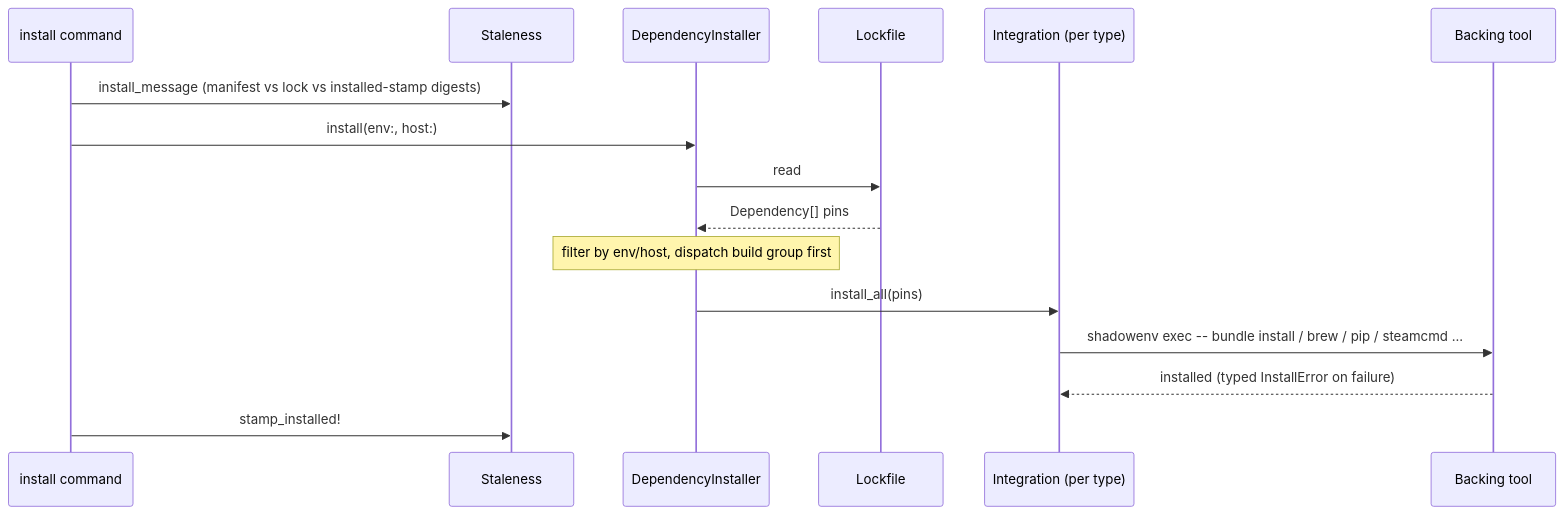
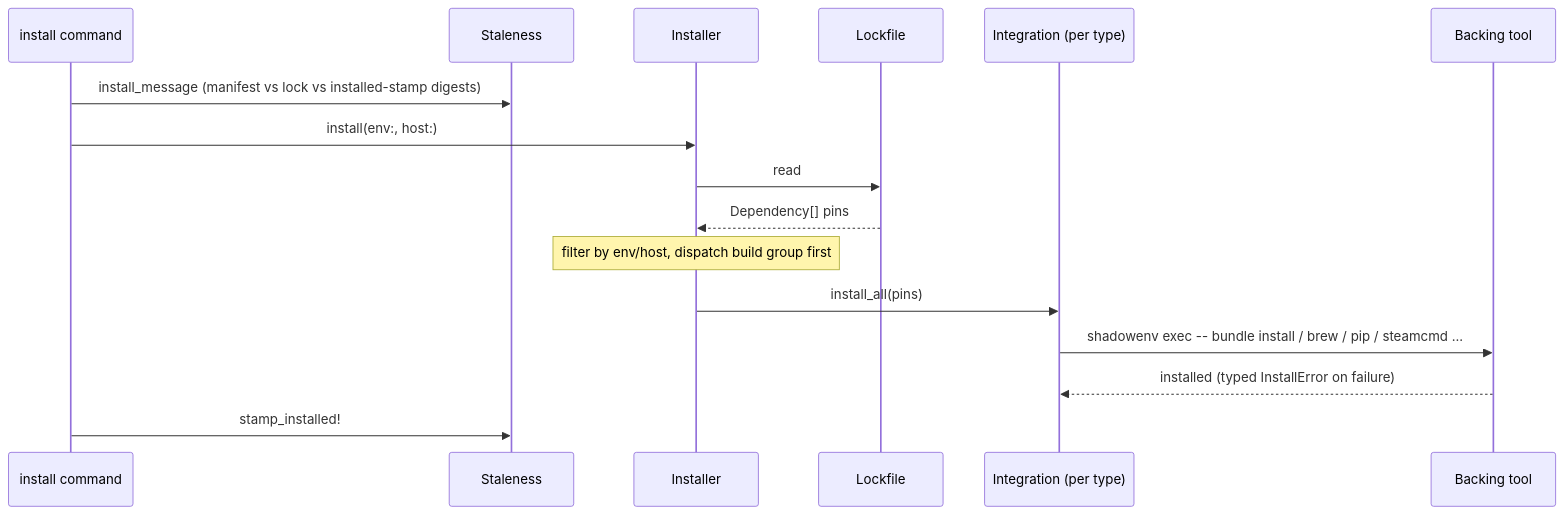
Before and after one commit to d3mlabs/dev: the third of 3 diagrams in docs/deps-architecture.md, drawn with Mermaid. The commit also changed other lines of this file and 1 other file, not shown here.

````diff
--- a/docs/deps-architecture.md
+++ b/docs/deps-architecture.md
@@ -126,19 +145,19 @@
 ```mermaid
 sequenceDiagram
     participant up as install command
     participant st as Staleness
-    participant inst as DependencyInstaller
+    participant inst as Installer
     participant lock as Lockfile
     participant integ as Integration (per type)
     participant tool as Backing tool
 
     up->>st: install_message (manifest vs lock vs installed-stamp digests)
     up->>inst: install(env:, host:)
     inst->>lock: read
     lock-->>inst: Dependency[] pins
     Note over inst: filter by env/host, dispatch build group first
     inst->>integ: install_all(pins)
     integ->>tool: shadowenv exec -- bundle install / brew / pip / steamcmd ...
     tool-->>integ: installed (typed InstallError on failure)
     up->>st: stamp_installed!
 ```
````
